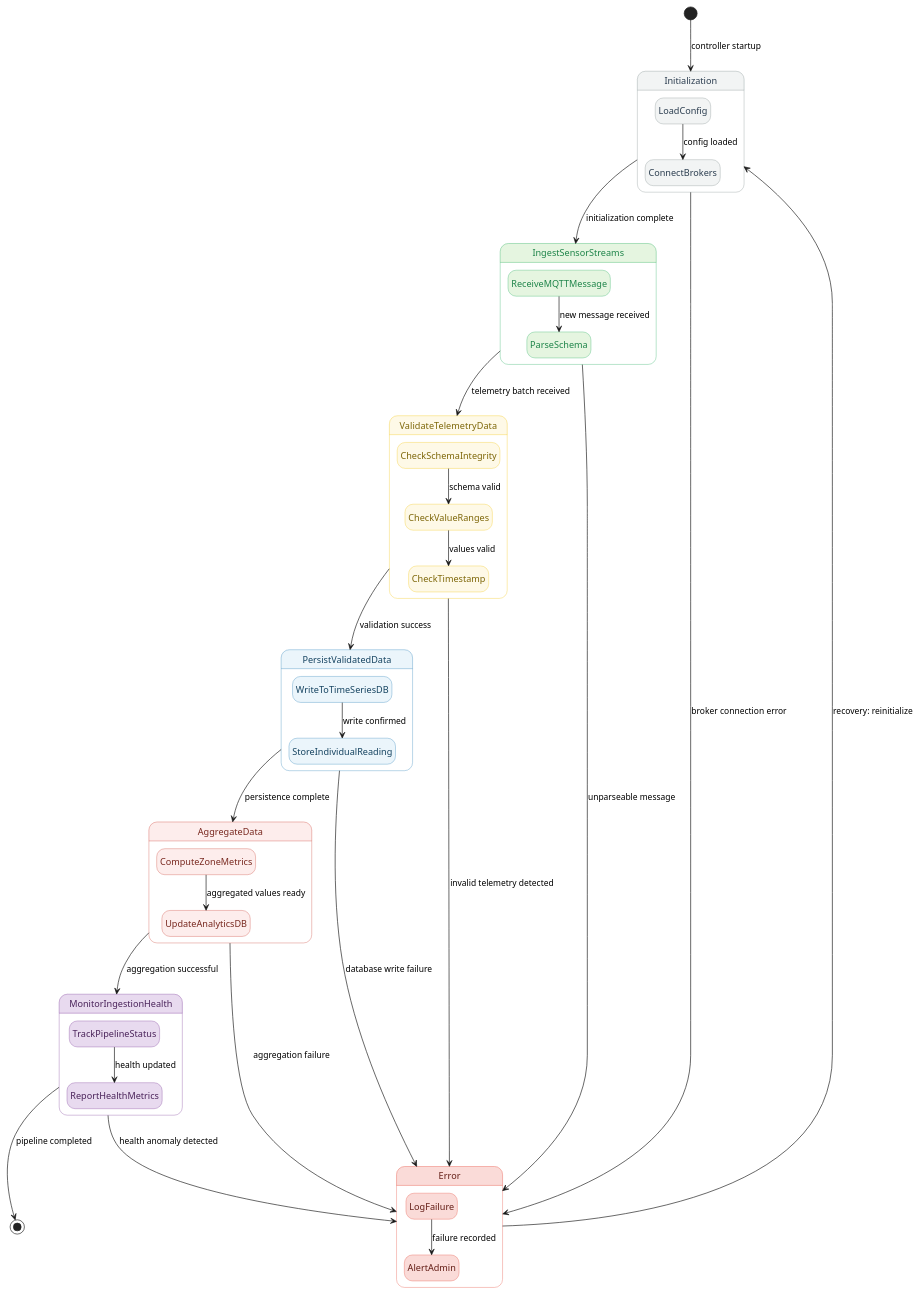
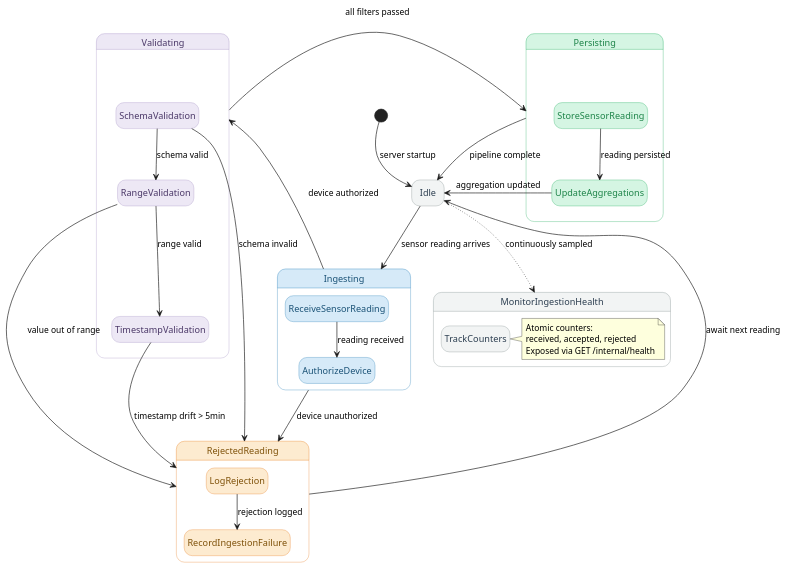
Before and after one commit to tridibbanik17/SCEMAS_UML_Diagrams: the diagram in diagrams/statecharts/telemetry_management_controller.puml, drawn with PlantUML. The commit also changed 11 other files, not shown here.

First line of the commit message:
feat: sync diagrams with implemented architecture (#2)

```diff
--- a/diagrams/statecharts/telemetry_management_controller.puml
+++ b/diagrams/statecharts/telemetry_management_controller.puml
@@ -1,103 +1,97 @@
-@startuml telemetrymanagementcontroller
+@startuml telemetry_management_controller
 hide empty description
 
 skinparam state {
-  BackgroundColor<<init>> #F2F4F4
-  BorderColor<<init>> #7F8C8D
-  FontColor<<init>> #2C3E50
+  BackgroundColor<<idle>> #F2F4F4
+  BorderColor<<idle>> #7F8C8D
+  FontColor<<idle>> #2C3E50
 
-  BackgroundColor<<ingest>> #E5F5E0
-  BorderColor<<ingest>> #27AE60
-  FontColor<<ingest>> #1E8449
+  BackgroundColor<<ingest>> #D6EAF8
+  BorderColor<<ingest>> #2980B9
+  FontColor<<ingest>> #1A5276
 
-  BackgroundColor<<validate>> #FEF9E7
-  BorderColor<<validate>> #F1C40F
-  FontColor<<validate>> #7D6608
+  BackgroundColor<<validate>> #EDE8F5
+  BorderColor<<validate>> #a692c3
+  FontColor<<validate>> #4A3767
 
-  BackgroundColor<<persist>> #EBF5FB
-  BorderColor<<persist>> #2980B9
-  FontColor<<persist>> #154360
+  BackgroundColor<<persist>> #D5F5E3
+  BorderColor<<persist>> #27AE60
+  FontColor<<persist>> #1E8449
 
-  BackgroundColor<<aggregate>> #FDEDEC
-  BorderColor<<aggregate>> #CB4335
-  FontColor<<aggregate>> #78281F
-
-  BackgroundColor<<monitor>> #E8DAEF
-  BorderColor<<monitor>> #7D3C98
-  FontColor<<monitor>> #4A235A
-
-  BackgroundColor<<error>> #FADBD8
-  BorderColor<<error>> #E74C3C
-  FontColor<<error>> #641E16
+  BackgroundColor<<error>> #FDEBD0
+  BorderColor<<error>> #E67E22
+  FontColor<<error>> #7E5109
 
   StartColor black
   EndColor black
 }
 
-state "Initialization" as INIT <<init>> {
-  state "LoadConfig" as LC <<init>>
-  state "ConnectBrokers" as CB <<init>>
-  LC --> CB : config loaded
+' ──────────────────────────────────
+' PIPE-AND-FILTER PIPELINE
+' ──────────────────────────────────
+
+state "Idle" as IDLE <<idle>>
+
+state "Ingesting" as ING <<ingest>> {
+  state "ReceiveSensorReading" as RSR <<ingest>>
+  state "AuthorizeDevice" as AD <<ingest>>
+  RSR --> AD : reading received
 }
 
-state "IngestSensorStreams" as ING <<ingest>> {
-  state "ReceiveMQTTMessage" as RM <<ingest>>
-  state "ParseSchema" as PS <<ingest>>
-  RM --> PS : new message received
+state "Validating" as VAL <<validate>> {
+  state "SchemaValidation" as SV <<validate>>
+  state "RangeValidation" as RV <<validate>>
+  state "TimestampValidation" as TV <<validate>>
+  SV --> RV : schema valid
+  RV --> TV : range valid
 }
 
-state "ValidateTelemetryData" as VAL <<validate>> {
-  state "CheckSchemaIntegrity" as CSI <<validate>>
-  state "CheckValueRanges" as CVR <<validate>>
-  state "CheckTimestamp" as CTS <<validate>>
-  CSI --> CVR : schema valid
-  CVR --> CTS : values valid
+state "Persisting" as PER <<persist>> {
+  state "StoreSensorReading" as SSR <<persist>>
+  state "UpdateAggregations" as UA <<persist>>
+  SSR --> UA : reading persisted
 }
 
-state "PersistValidatedData" as PER <<persist>> {
-  state "WriteToTimeSeriesDB" as WTS <<persist>>
-  state "StoreIndividualReading" as SIR <<persist>>
-  WTS --> SIR : write confirmed
+state "RejectedReading" as REJ <<error>> {
+  state "LogRejection" as LR <<error>>
+  state "RecordIngestionFailure" as RIF <<error>>
+  LR --> RIF : rejection logged
 }
 
-state "AggregateData" as AGG <<aggregate>> {
-  state "ComputeZoneMetrics" as CZM <<aggregate>>
-  state "UpdateAnalyticsDB" as UAD <<aggregate>>
-  CZM --> UAD : aggregated values ready
+' ──────────────────────────────────
+' TRANSITIONS
+' ──────────────────────────────────
+
+[*] --> IDLE : server startup
+
+IDLE --> ING : sensor reading arrives
+
+ING --> VAL : device authorized
+ING --> REJ : device unauthorized
+
+VAL --> PER : all filters passed
+SV --> REJ : schema invalid
+RV --> REJ : value out of range
+TV --> REJ : timestamp drift > 5min
+
+PER --> IDLE : pipeline complete
+UA --> IDLE : aggregation updated
+
+REJ --> IDLE : await next reading
+
+' ──────────────────────────────────
+' HEALTH MONITORING (parallel)
+' ──────────────────────────────────
+
+state "MonitorIngestionHealth" as MIH <<idle>> {
+  state "TrackCounters" as TC <<idle>>
+  note right of TC
+    Atomic counters:
+    received, accepted, rejected
+    Exposed via GET /internal/health
+  end note
 }
 
-state "MonitorIngestionHealth" as MON <<monitor>> {
-  state "TrackPipelineStatus" as TPS <<monitor>>
-  state "ReportHealthMetrics" as RHM <<monitor>>
-  TPS --> RHM : health updated
-}
-
-state "Error" as ERR <<error>> {
-  state "LogFailure" as LF <<error>>
-  state "AlertAdmin" as AA <<error>>
-  LF --> AA : failure recorded
-}
-
-[*] --> INIT : controller startup
-
-INIT --> ING : initialization complete
-INIT --> ERR : broker connection error
-
-ING --> VAL : telemetry batch received
-ING --> ERR : unparseable message
-
-VAL --> PER : validation success
-VAL --> ERR : invalid telemetry detected
-
-PER --> AGG : persistence complete
-PER --> ERR : database write failure
-
-AGG --> MON : aggregation successful
-AGG --> ERR : aggregation failure
-
-MON --> [*] : pipeline completed
-MON --> ERR : health anomaly detected
-
-ERR --> INIT : recovery: reinitialize
+IDLE -[dotted]-> MIH : continuously sampled
 
 @enduml
```
